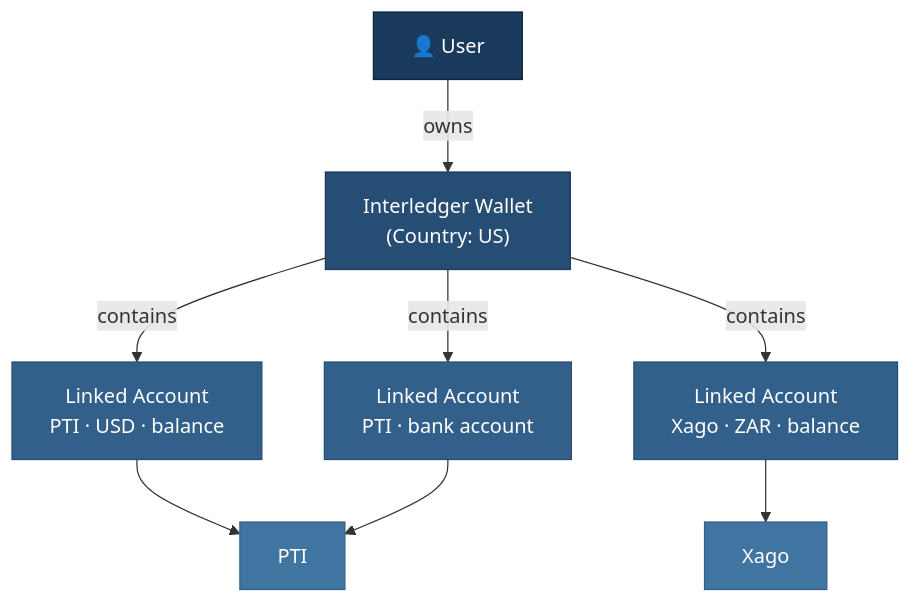
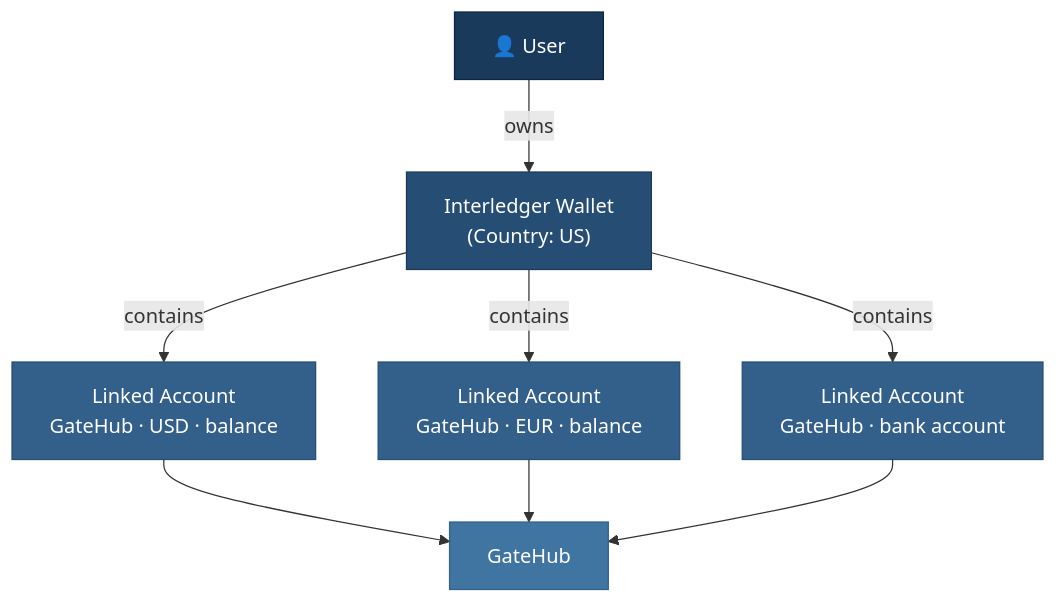
One commit to interledger/interledger-app changed the diagram in documentation/docs/concepts.md. Above: the diagram before and after it, drawn with Mermaid. The commit also changed other lines of this file and 8 other files, not shown here.

````diff
--- a/documentation/docs/concepts.md
+++ b/documentation/docs/concepts.md
@@ -33,23 +33,22 @@
 ```mermaid
 graph TD
     User["👤 User"]
     Wallet["Interledger Wallet<br/>(Country: US)"]
 
     User -->|owns| Wallet
 
-    Wallet -->|contains| LA1["Linked Account<br/>PTI · USD · balance"]
-    Wallet -->|contains| LA2["Linked Account<br/>Xago · ZAR · balance"]
-    Wallet -->|contains| LA3["Linked Account<br/>PTI · bank account"]
+    Wallet -->|contains| LA1["Linked Account<br/>GateHub · USD · balance"]
+    Wallet -->|contains| LA2["Linked Account<br/>GateHub · EUR · balance"]
+    Wallet -->|contains| LA3["Linked Account<br/>GateHub · bank account"]
 
-    LA1 --> Provider1["PTI"]
-    LA2 --> Provider2["Xago"]
+    LA1 --> Provider1["GateHub"]
+    LA2 --> Provider1
     LA3 --> Provider1
 
     style User fill:#1a3a5c,stroke:#0f2440,color:#fff
     style Wallet fill:#264d73,stroke:#1a3a5c,color:#fff
     style LA1 fill:#33608a,stroke:#264d73,color:#fff
     style LA2 fill:#33608a,stroke:#264d73,color:#fff
     style LA3 fill:#33608a,stroke:#264d73,color:#fff
     style Provider1 fill:#4074a1,stroke:#33608a,color:#fff
-    style Provider2 fill:#4074a1,stroke:#33608a,color:#fff
 ```
````
